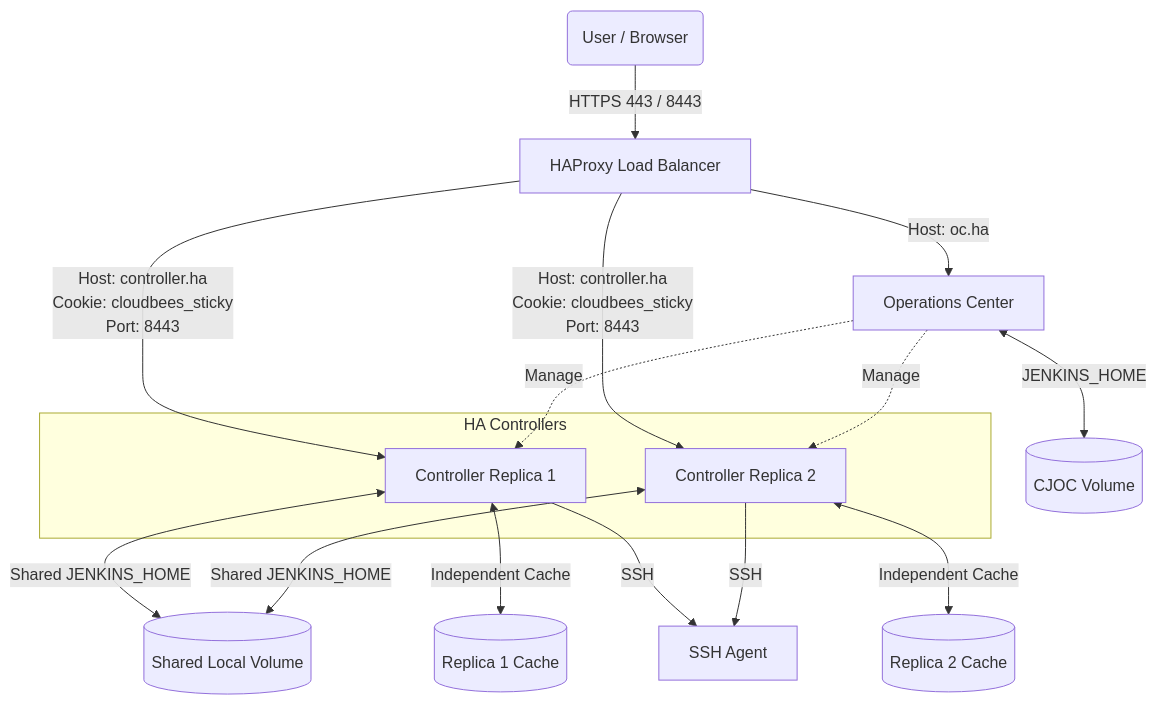
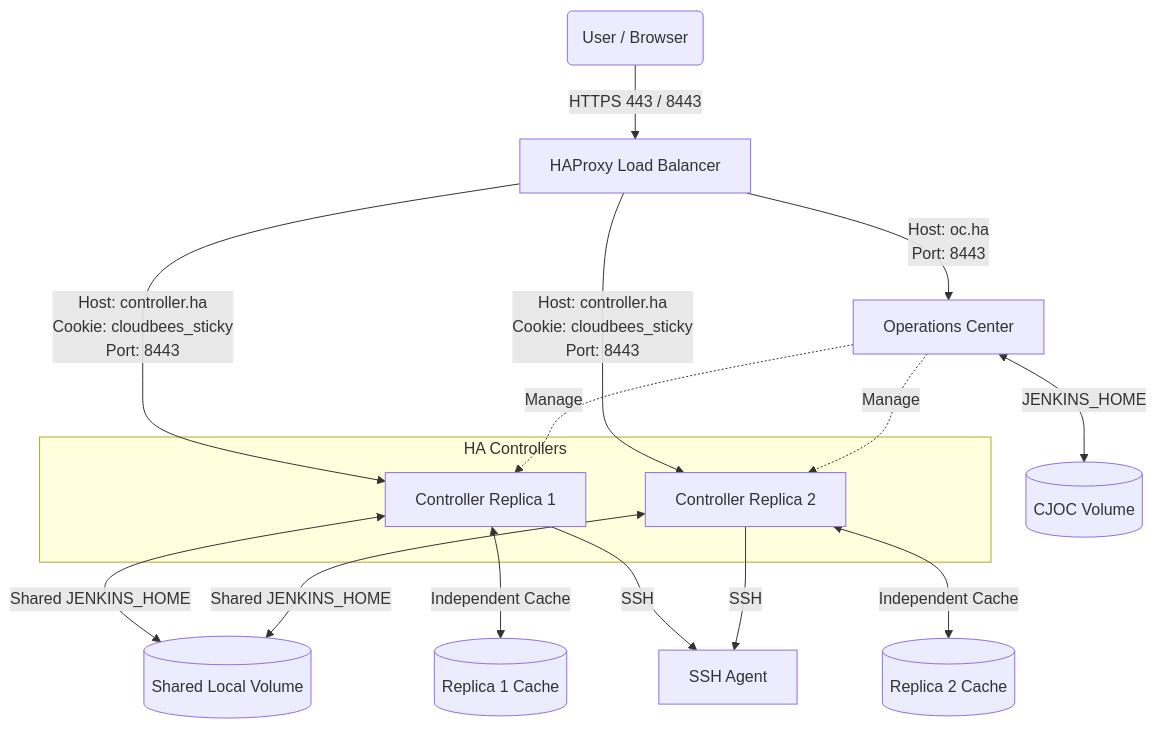
One commit to cb-ci/ci-traditional-ha changed the second of 3 diagrams in README.md. Above: the diagram before and after it, drawn with Mermaid. The commit also changed other lines of this file, not shown here.

Commit message:
docs: Add port information to HAProxy to Operations Center connections in Mermaid diagrams.

````diff
--- a/README.md
+++ b/README.md
@@ -55,27 +55,27 @@
 ```mermaid
 graph TD
     Client(User / Browser) -->|HTTPS 443 / 8443| HAProxy[HAProxy Load Balancer]
     
-    HAProxy -->|Host: oc.ha| CJOC[Operations Center]
+    HAProxy -->|Host: oc.ha<br>Port: 8443| CJOC[Operations Center]
     
     subgraph HA_Controllers ["HA Controllers"]
         Controller1[Controller Replica 1]
         Controller2[Controller Replica 2]
     end
     
     HAProxy -->|Host: controller.ha<br>Cookie: cloudbees_sticky<br>Port: 8443| Controller1
     HAProxy -->|Host: controller.ha<br>Cookie: cloudbees_sticky<br>Port: 8443| Controller2
     
     CJOC <-->|JENKINS_HOME| CJOCHome[(CJOC Volume)]
     Controller1 <-->|Shared JENKINS_HOME| JenkinsHome[(Shared Local Volume)]
     Controller2 <-->|Shared JENKINS_HOME| JenkinsHome
     
     Controller1 <-->|Independent Cache| Cache1[(Replica 1 Cache)]
     Controller2 <-->|Independent Cache| Cache2[(Replica 2 Cache)]
     
     Controller1 -->|SSH| SSHAgent[SSH Agent]
     Controller2 -->|SSH| SSHAgent
     
     CJOC -.->|Manage| Controller1
     CJOC -.->|Manage| Controller2
 ```
````
